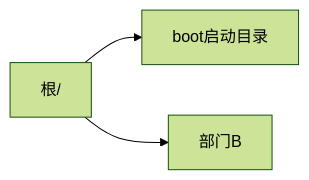
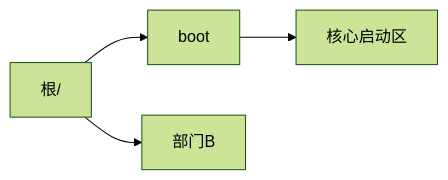
One commit to wanghao0409/ComputerNote changed the diagram in Linux.md. Above: the diagram before and after it, drawn with Mermaid (forest theme).

Commit message:
vault backup: 2026-02-24 09:13:59

````diff
--- a/Linux.md
+++ b/Linux.md
@@ -10,7 +10,8 @@
 ```mermaid
 graph LR
-    Root[根/] --> A[boot启动目录]
+    Root[根/] --> boot[boot]
     Root --> B[部门B]
-
+    boot --> boot-c[核心启动区]
+	
 
 ```
````
